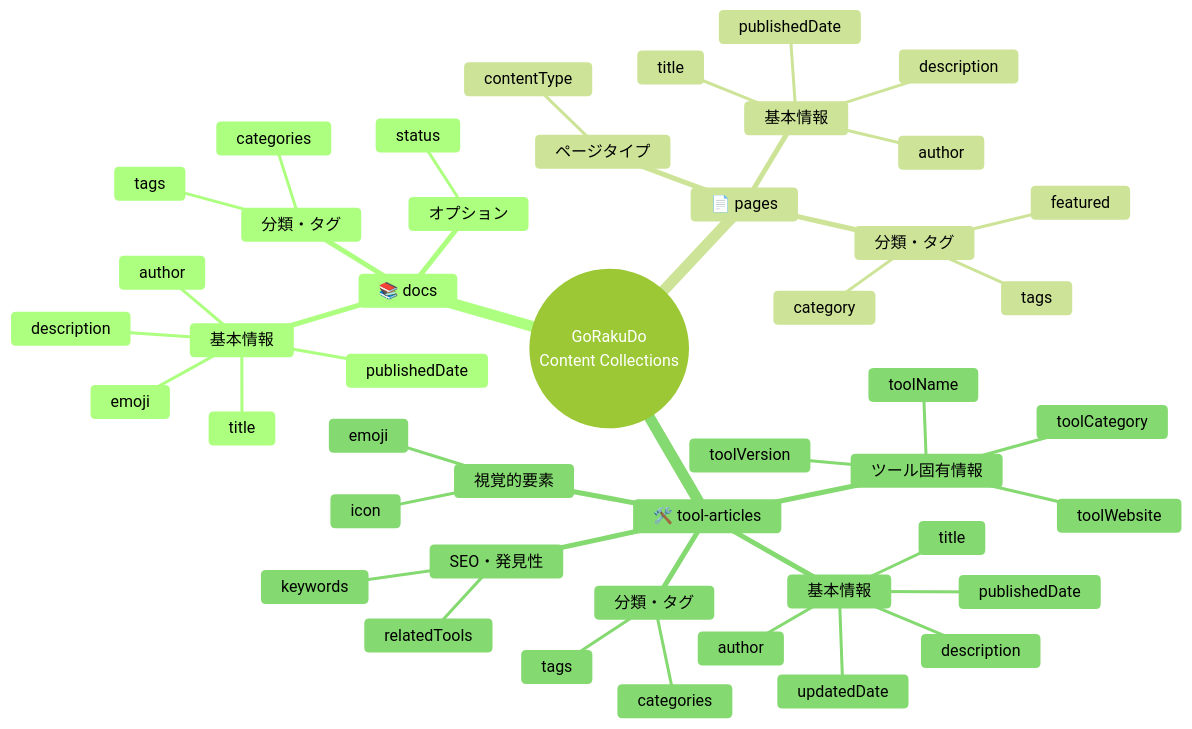
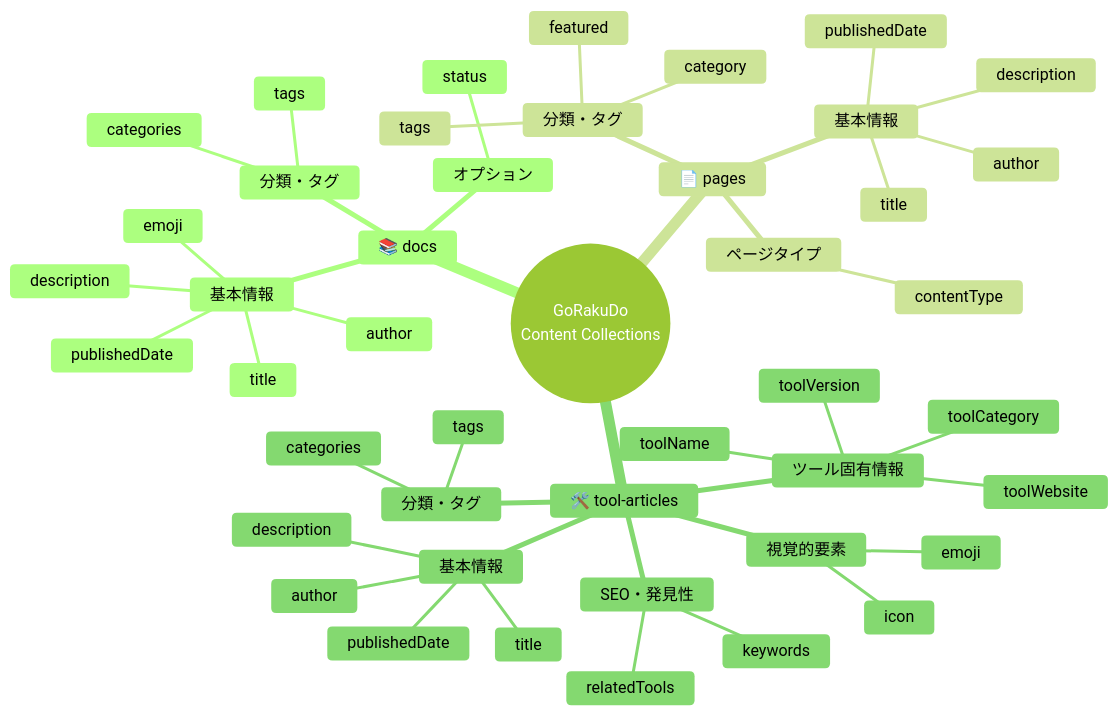
One commit to GoRakuDo/GoRakuDo changed the first of 6 diagrams in src/content/README.md. Above: the diagram before and after it, drawn with Mermaid (forest theme). The commit also changed other lines of this file and 40 other files, not shown here.

````diff
--- a/src/content/README.md
+++ b/src/content/README.md
@@ -22,49 +22,48 @@
 ```mermaid
 mindmap
   root((GoRakuDo<br/>Content Collections))
     📚 docs
       基本情報
         title
         description
         publishedDate
         author
         emoji
       分類・タグ
         categories
         tags
       オプション
         status
     📄 pages
       基本情報
         title
         description
         publishedDate
         author
       分類・タグ
         category
         tags
         featured
       ページタイプ
         contentType
     🛠️ tool-articles
       基本情報
         title
         description
         publishedDate
-        updatedDate
         author
       ツール固有情報
         toolName
         toolVersion
         toolWebsite
         toolCategory
       視覚的要素
         emoji
         icon
       分類・タグ
         categories
         tags
       SEO・発見性
         keywords
         relatedTools
 ```
````
